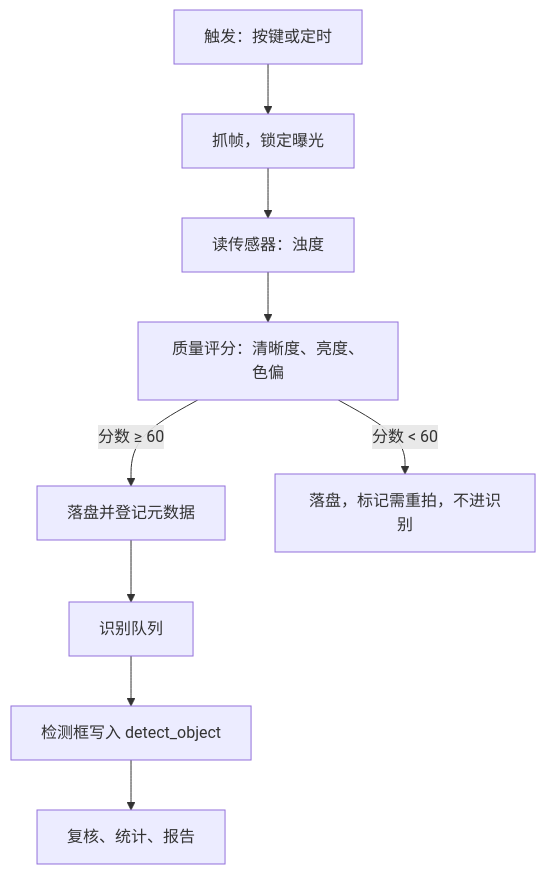
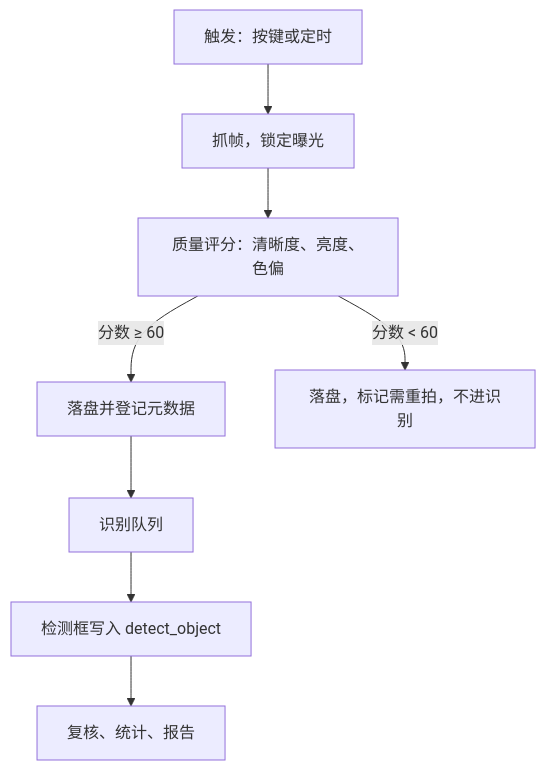
The second of 2 diagrams in docs/architecture-zh.md (FrozenYty/aquavision), drawn with Mermaid before and after one commit. The commit also changed other lines of this file and 60 other files, not shown here.

````diff
--- a/docs/architecture-zh.md
+++ b/docs/architecture-zh.md
@@ -112,11 +112,10 @@
 ```mermaid
 flowchart TD
     A[触发：按键或定时] --> B[抓帧，锁定曝光]
-    B --> C[读传感器：浊度]
-    C --> D[质量评分：清晰度、亮度、色偏]
+    B --> D[质量评分：清晰度、亮度、色偏]
     D -->|分数 ≥ 60| E[落盘并登记元数据]
     D -->|分数 < 60| F[落盘，标记需重拍，不进识别]
     E --> G[识别队列]
     G --> H[检测框写入 detect_object]
     H --> I[复核、统计、报告]
 ```
````
